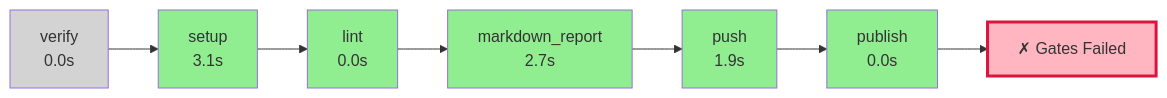
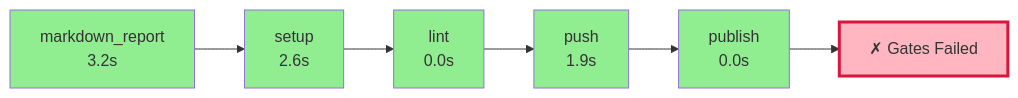
The diagram in .pyqual/report.md (wronai/fixos), drawn with Mermaid before and after one commit. The commit also changed other lines of this file and 2 other files, not shown here.

````diff
--- a/.pyqual/report.md
+++ b/.pyqual/report.md
@@ -10,23 +10,20 @@
 ```mermaid
 flowchart LR
-    S0["verify<br/>0.0s"]
-    style S0 fill:#D3D3D3
-    S1["setup<br/>3.1s"]
+    S0["markdown_report<br/>3.2s"]
+    style S0 fill:#90EE90
+    S1["setup<br/>2.6s"]
     style S1 fill:#90EE90
     S0 --> S1
     S2["lint<br/>0.0s"]
     style S2 fill:#90EE90
     S1 --> S2
-    S3["markdown_report<br/>2.7s"]
+    S3["push<br/>1.9s"]
     style S3 fill:#90EE90
     S2 --> S3
-    S4["push<br/>1.9s"]
+    S4["publish<br/>0.0s"]
     style S4 fill:#90EE90
     S3 --> S4
-    S5["publish<br/>0.0s"]
-    style S5 fill:#90EE90
-    S4 --> S5
     G["✗ Gates Failed"]
     style G fill:#FFB6C1,stroke:#DC143C,stroke-width:3px
-    S5 --> G
+    S4 --> G
 ```
````
